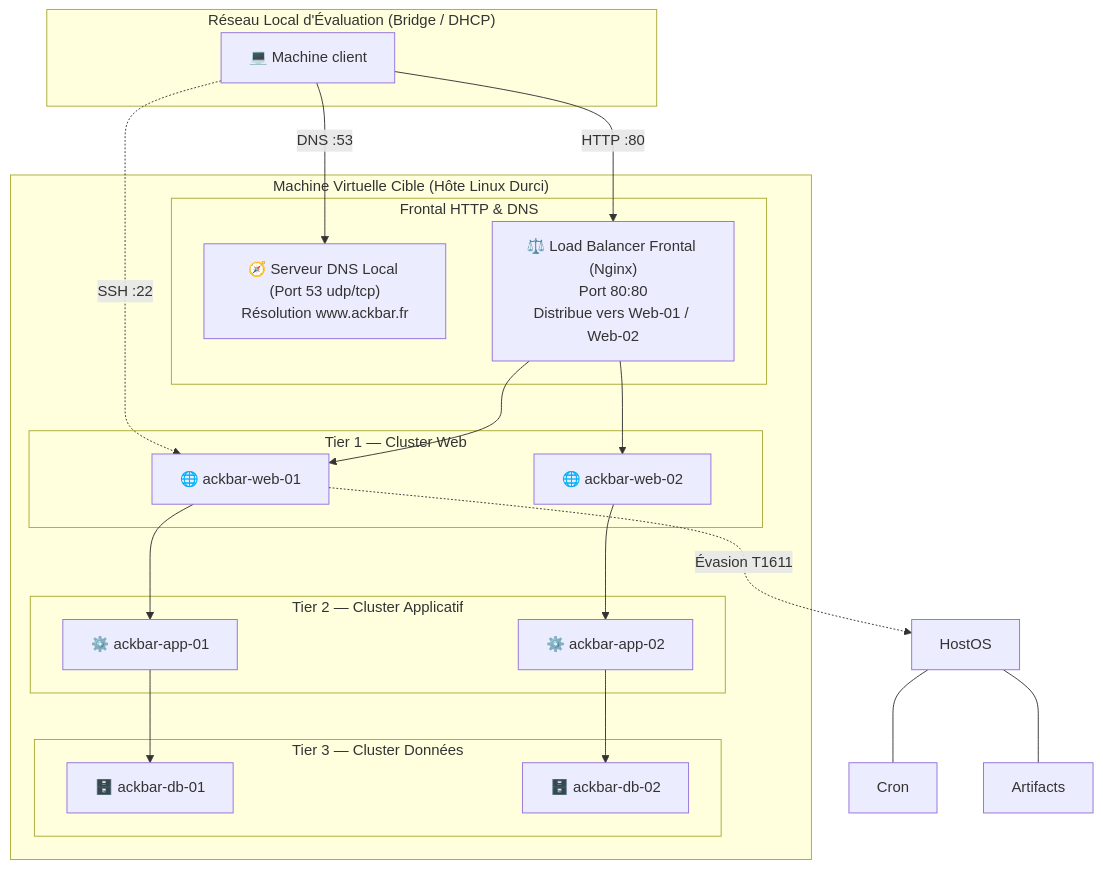
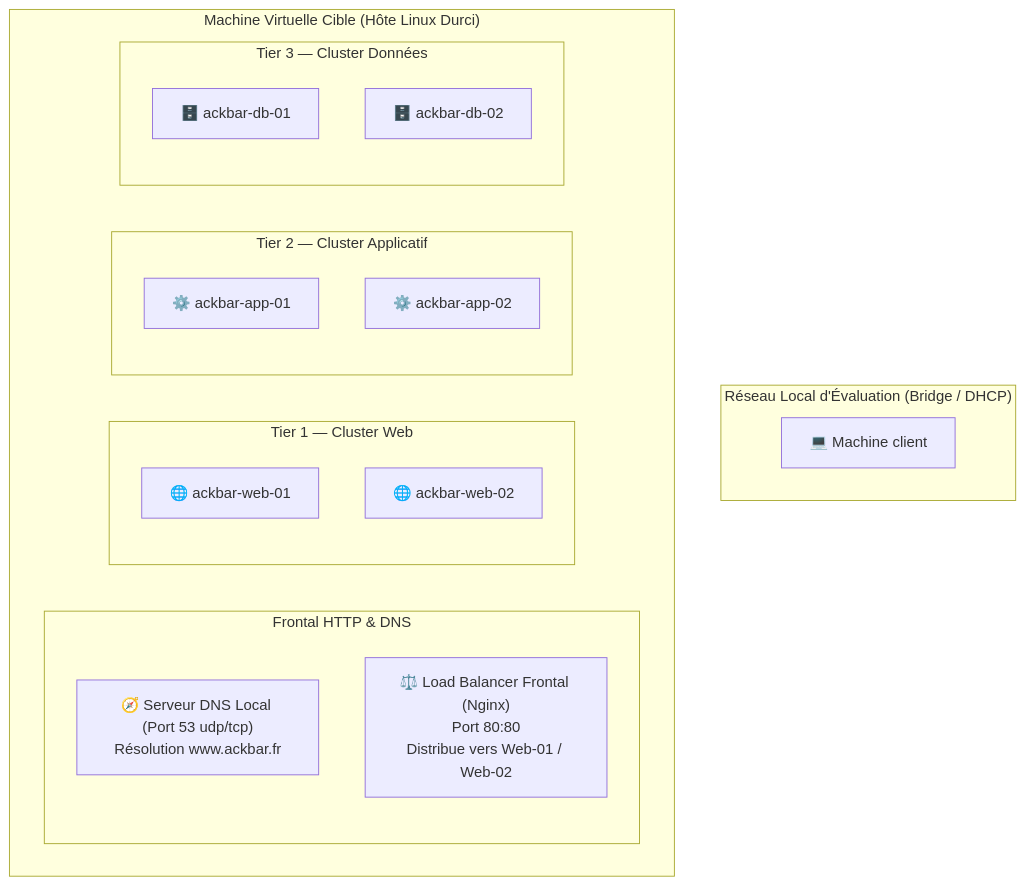
Before and after one commit to Belkoruh/wargame: the diagram in README.md, drawn with Mermaid.

````diff
--- a/README.md
+++ b/README.md
@@ -54,41 +54,28 @@
 ```mermaid
 flowchart TD
     subgraph LAN["Réseau Local d'Évaluation (Bridge / DHCP)"]
         Attacker["💻 Machine client"]
     end
 
     subgraph TargetVM["Machine Virtuelle Cible (Hôte Linux Durci)"]
         subgraph Frontal["Frontal HTTP & DNS"]
             DNS["🧭 Serveur DNS Local (Port 53 udp/tcp)<br/>Résolution www.ackbar.fr"]
             LB["⚖️ Load Balancer Frontal (Nginx)<br/>Port 80:80<br/>Distribue vers Web-01 / Web-02"]
         end
 
         subgraph Tier1["Tier 1 — Cluster Web"]
             Web1["🌐 ackbar-web-01<br/>"]
             Web2["🌐 ackbar-web-02<br/>"]
         end
 
         subgraph Tier2["Tier 2 — Cluster Applicatif"]
             App1["⚙️ ackbar-app-01"]
             App2["⚙️ ackbar-app-02"]
         end
 
         subgraph Tier3["Tier 3 — Cluster Données"]
             DB1["🗄️ ackbar-db-01"]
             DB2["🗄️ ackbar-db-02"]
         end
     end
-
-    Attacker -->|HTTP :80| LB
-    Attacker -->|DNS :53| DNS
-    Attacker -.->|SSH :22| Web1
-    LB --> Web1
-    LB --> Web2
-    Web1 --> App1
-    Web2 --> App2
-    App1 --> DB1
-    App2 --> DB2
-    Web1 -.->|Évasion T1611| HostOS
-    HostOS --- Cron
-    HostOS --- Artifacts
 ```
````
